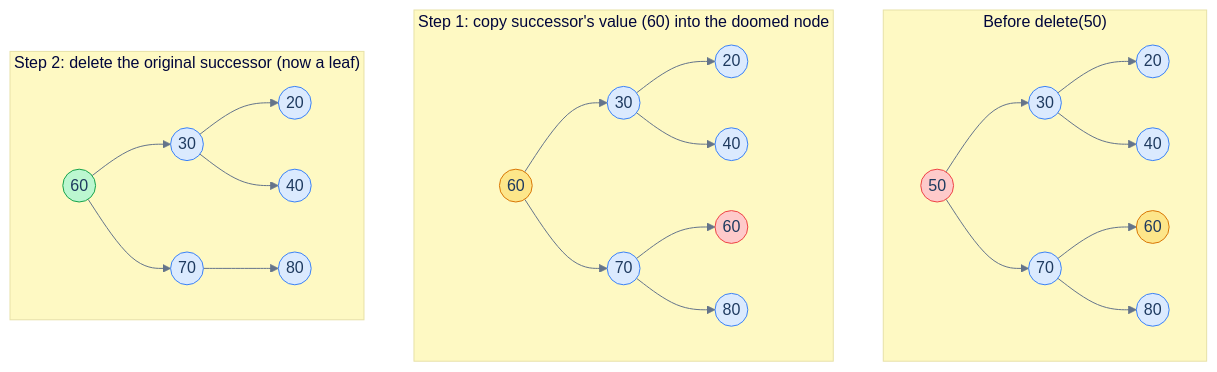
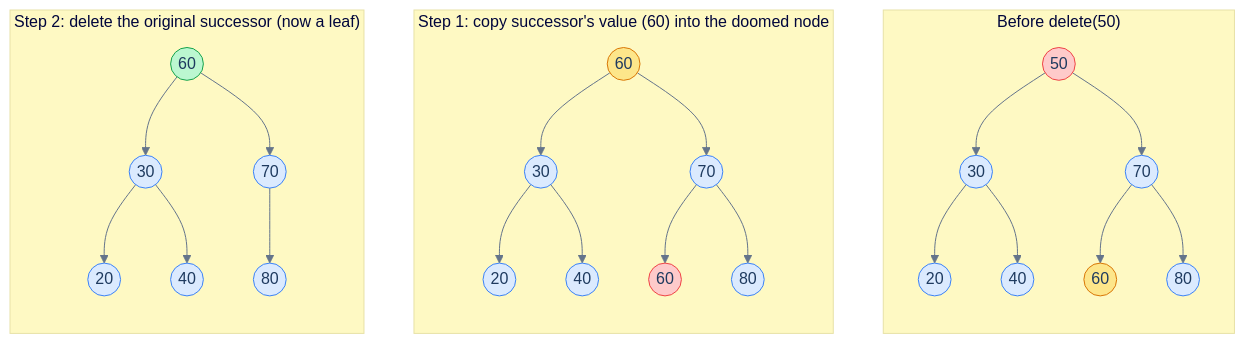
Before and after one commit to ani2fun/note-book: the third of 6 diagrams in src/computer-science/DSA/data-structures/8.binary-search-tree/06-deletion-in-binary-search-trees.md, drawn with Mermaid. The commit also changed other lines of this file and 4 other files, not shown here.

````diff
--- a/src/computer-science/DSA/data-structures/8.binary-search-tree/06-deletion-in-binary-search-trees.md
+++ b/src/computer-science/DSA/data-structures/8.binary-search-tree/06-deletion-in-binary-search-trees.md
@@ -125,62 +129,65 @@
 ```mermaid
 ---
 config:
   theme: base
   themeVariables:
     primaryColor: "#dbeafe"
     primaryBorderColor: "#3b82f6"
     primaryTextColor: "#1e3a5f"
     lineColor: "#64748b"
     secondaryColor: "#ede9fe"
     tertiaryColor: "#fef9c3"
 ---
 flowchart TB
     subgraph Before["Before delete(50)"]
+        direction TB
         R1((50))
         A1((30))
         B1((70))
         C1((20))
         D1((40))
         E1((60))
         F1((80))
         R1 --> A1
         R1 --> B1
         A1 --> C1
         A1 --> D1
         B1 --> E1
         B1 --> F1
         style R1 fill:#fecaca,stroke:#ef4444
         style E1 fill:#fde68a,stroke:#d97706
     end
     subgraph Step["Step 1: copy successor's value (60) into the doomed node"]
+        direction TB
         R2((60))
         A2((30))
         B2((70))
         C2((20))
         D2((40))
         E2((60))
         F2((80))
         R2 --> A2
         R2 --> B2
         A2 --> C2
         A2 --> D2
         B2 --> E2
         B2 --> F2
         style R2 fill:#fde68a,stroke:#d97706
         style E2 fill:#fecaca,stroke:#ef4444
     end
     subgraph After["Step 2: delete the original successor (now a leaf)"]
+        direction TB
         R3((60))
         A3((30))
         B3((70))
         C3((20))
         D3((40))
         F3((80))
         R3 --> A3
         R3 --> B3
         A3 --> C3
         A3 --> D3
         B3 --> F3
         style R3 fill:#bbf7d0,stroke:#16a34a
     end
 ```
````
